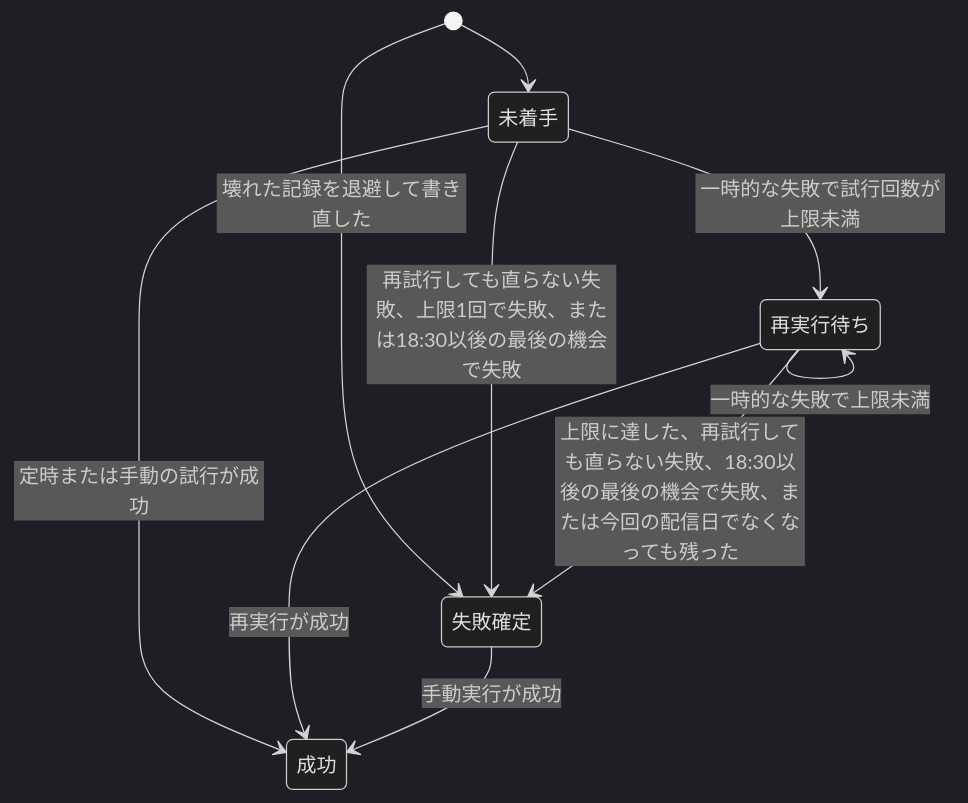
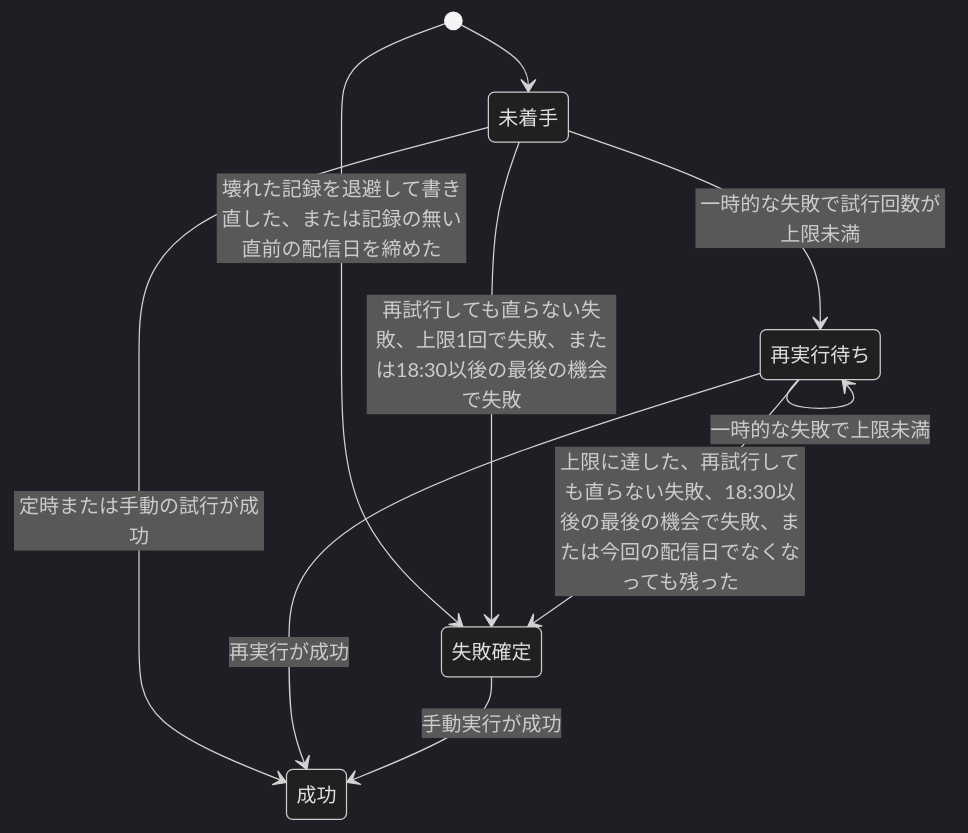
Before and after one commit to dnode-ryosuke-yamazaki/study: the sixth of 6 diagrams in apps/digest-platform/specs/batch-runner/design.md, drawn with Mermaid (dark theme). The commit also changed other lines of this file and 5 other files, not shown here.

First line of the commit message:
docs(digest-platform): batch-runner の6回目レビュー指摘(🔴1・🟡4・🟢2)に対応し、実行係の例外は試行に数えず、記録の無い直前の配信日を締めて通知し、architecture に非機能要件への対応を足す

````diff
--- a/apps/digest-platform/specs/batch-runner/design.md
+++ b/apps/digest-platform/specs/batch-runner/design.md
@@ -304,16 +305,16 @@
 ```mermaid
 stateDiagram-v2
     state "未着手" as pending
     state "再実行待ち" as retry
     state "成功" as succeeded
     state "失敗確定" as failed
     [*] --> pending
-    [*] --> failed: 壊れた記録を退避して書き直した
+    [*] --> failed: 壊れた記録を退避して書き直した、または記録の無い直前の配信日を締めた
     pending --> succeeded: 定時または手動の試行が成功
     pending --> retry: 一時的な失敗で試行回数が上限未満
     pending --> failed: 再試行しても直らない失敗、上限1回で失敗、または18:30以後の最後の機会で失敗
     retry --> succeeded: 再実行が成功
     retry --> retry: 一時的な失敗で上限未満
     retry --> failed: 上限に達した、再試行しても直らない失敗、18:30以後の最後の機会で失敗、または今回の配信日でなくなっても残った
     failed --> succeeded: 手動実行が成功
 ```
````
